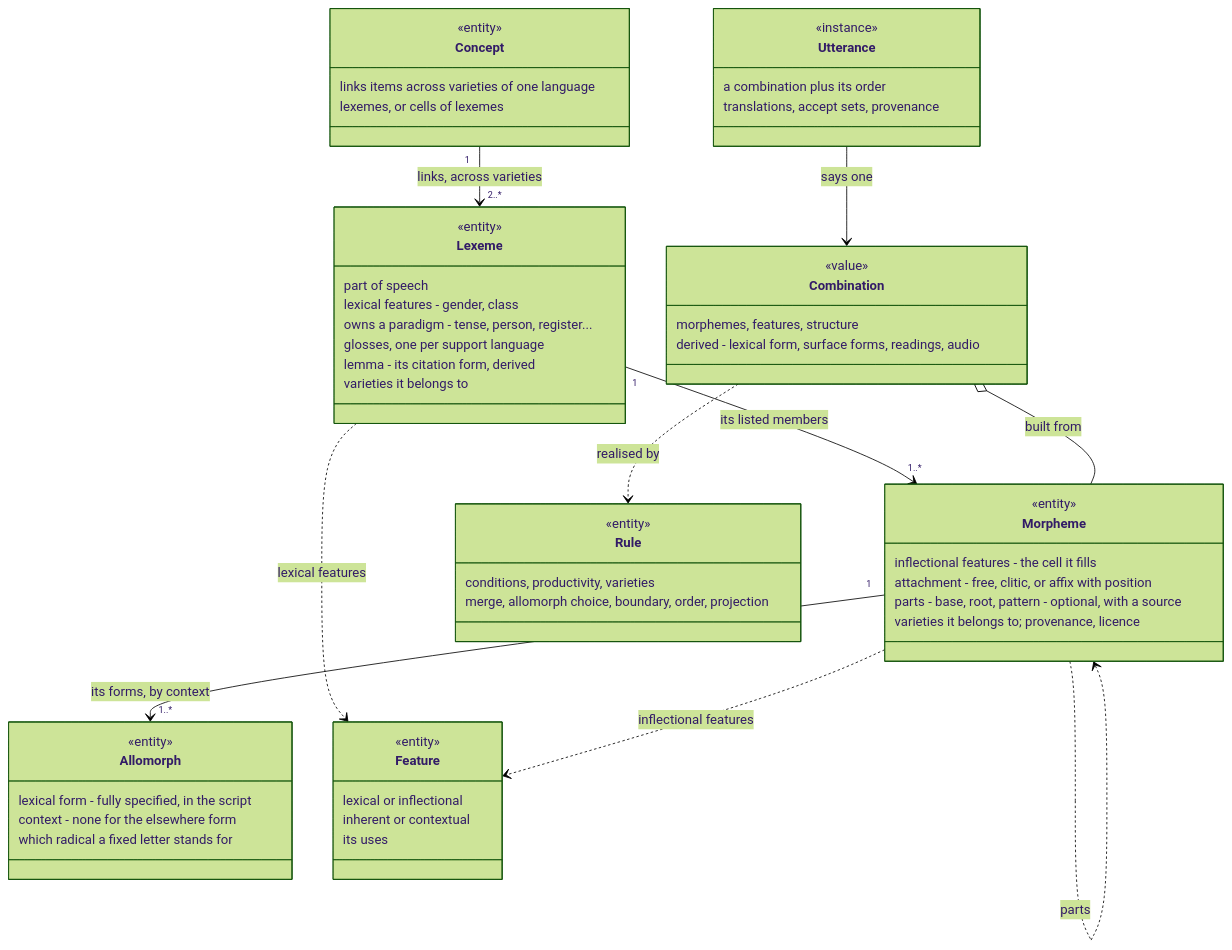
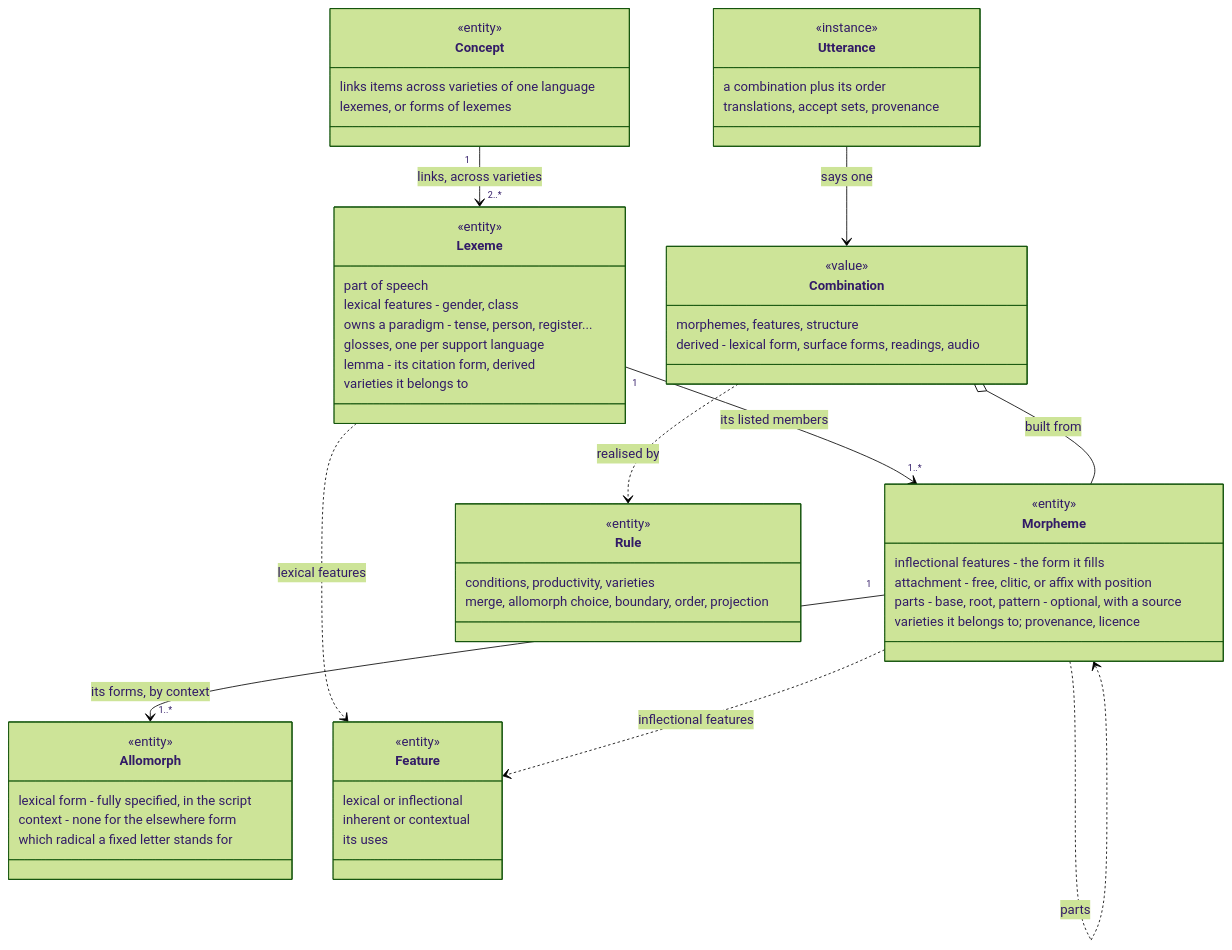
Before and after one commit to iwsfutcmd/nabu: the first of 6 diagrams in docs/lexeme-model.md, drawn with Mermaid (forest theme). The commit also changed other lines of this file and 1 other file, not shown here.

First line of the commit message:
docs: rename cell to form

````diff
--- a/docs/lexeme-model.md
+++ b/docs/lexeme-model.md
@@ -29,61 +29,61 @@
 ```mermaid
 classDiagram
   direction TB
   class Concept {
     <<entity>>
     links items across varieties of one language
-    lexemes, or cells of lexemes
+    lexemes, or forms of lexemes
   }
   class Lexeme {
     <<entity>>
     part of speech
     lexical features - gender, class
     owns a paradigm - tense, person, register...
     glosses, one per support language
     lemma - its citation form, derived
     varieties it belongs to
   }
   class Morpheme {
     <<entity>>
-    inflectional features - the cell it fills
+    inflectional features - the form it fills
     attachment - free, clitic, or affix with position
     parts - base, root, pattern - optional, with a source
     varieties it belongs to; provenance, licence
   }
   class Allomorph {
     <<entity>>
     lexical form - fully specified, in the script
     context - none for the elsewhere form
     which radical a fixed letter stands for
   }
   class Rule {
     <<entity>>
     conditions, productivity, varieties
     merge, allomorph choice, boundary, order, projection
   }
   class Feature {
     <<entity>>
     lexical or inflectional
     inherent or contextual
     its uses
   }
   class Combination {
     <<value>>
     morphemes, features, structure
     derived - lexical form, surface forms, readings, audio
   }
   class Utterance {
     <<instance>>
     a combination plus its order
     translations, accept sets, provenance
   }
   Concept "1" --> "2..*" Lexeme : links, across varieties
   Lexeme "1" --> "1..*" Morpheme : its listed members
   Morpheme "1" --> "1..*" Allomorph : its forms, by context
   Morpheme ..> Morpheme : parts
   Lexeme ..> Feature : lexical features
   Morpheme ..> Feature : inflectional features
   Combination o-- Morpheme : built from
   Combination ..> Rule : realised by
   Utterance --> Combination : says one
 ```
````
